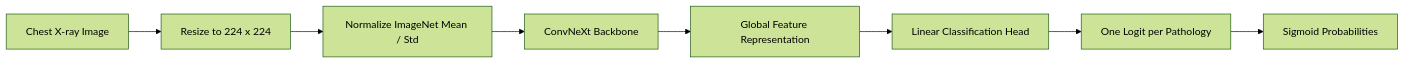
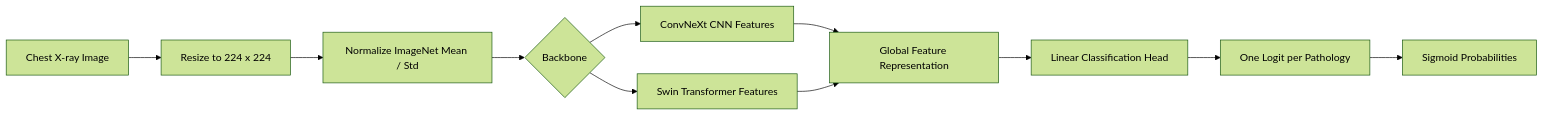
One commit to prasannanjaneyreddychalla/deep_learning changed the third of 5 diagrams in README.md. Above: the diagram before and after it, drawn with Mermaid (forest theme). The commit also changed other lines of this file and 1 other file, not shown here.

````diff
--- a/README.md
+++ b/README.md
@@ -228,10 +258,13 @@
 ```mermaid
 flowchart LR
     A[Chest X-ray Image] --> B[Resize to 224 x 224]
     B --> C[Normalize ImageNet Mean / Std]
-    C --> D[ConvNeXt Backbone]
-    D --> E[Global Feature Representation]
-    E --> F[Linear Classification Head]
-    F --> G[One Logit per Pathology]
-    G --> H[Sigmoid Probabilities]
+    C --> D{Backbone}
+    D --> E[ConvNeXt CNN Features]
+    D --> F[Swin Transformer Features]
+    E --> G[Global Feature Representation]
+    F --> G
+    G --> H[Linear Classification Head]
+    H --> I[One Logit per Pathology]
+    I --> J[Sigmoid Probabilities]
 ```
````
